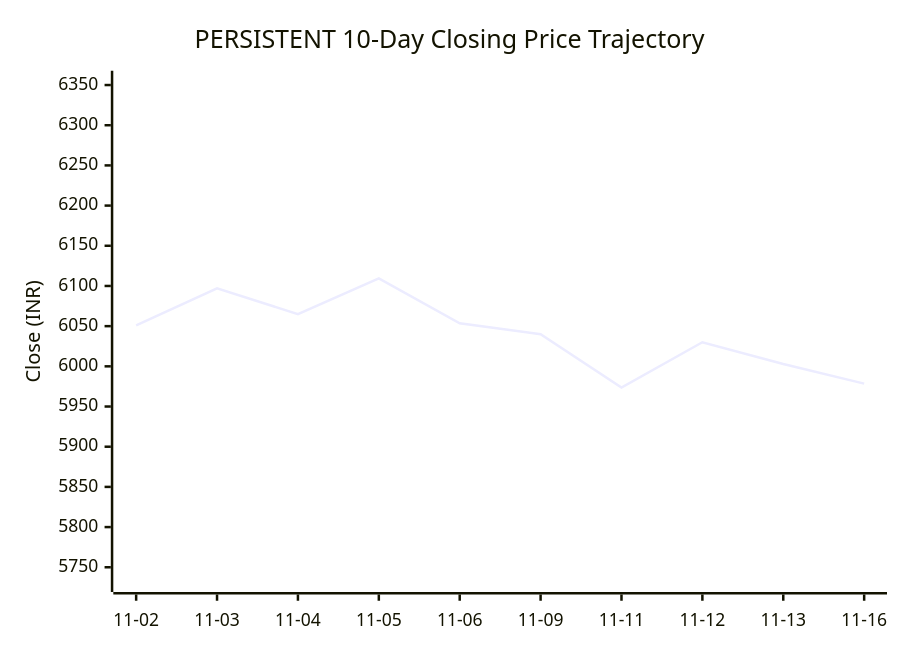
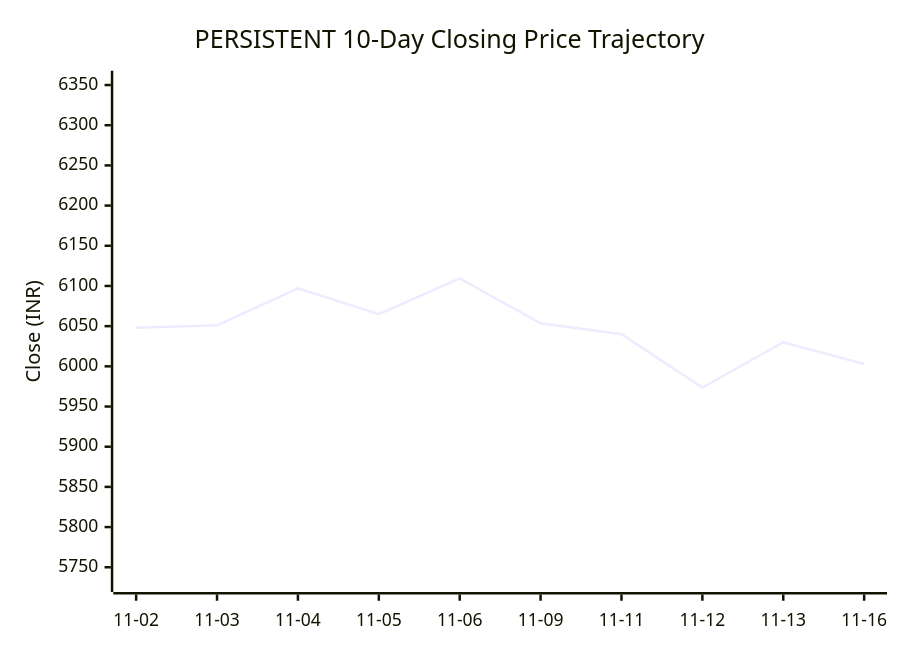
Before and after one commit to purnareddy9/dev: the second of 3 diagrams in market-intelligence/stocks/PERSISTENT/history/2026-11-16.md, drawn with Mermaid. The commit also changed other lines of this file and 3 other files, not shown here.

````diff
--- a/market-intelligence/stocks/PERSISTENT/history/2026-11-16.md
+++ b/market-intelligence/stocks/PERSISTENT/history/2026-11-16.md
@@ -95,7 +95,7 @@
 ```mermaid
 xychart-beta
     title "PERSISTENT 10-Day Closing Price Trajectory"
     x-axis ["11-02", "11-03", "11-04", "11-05", "11-06", "11-09", "11-11", "11-12", "11-13", "11-16"]
     y-axis "Close (INR)" 5734 --> 6353
-    line [6051.0, 6097.0, 6065.0, 6109.5, 6053.5, 6040.0, 5973.5, 6030.0, 6003.0, 5978.5]
+    line [6048.0, 6051.0, 6097.0, 6065.0, 6109.5, 6053.5, 6040.0, 5973.5, 6030.0, 6003.0]
 ```
````
